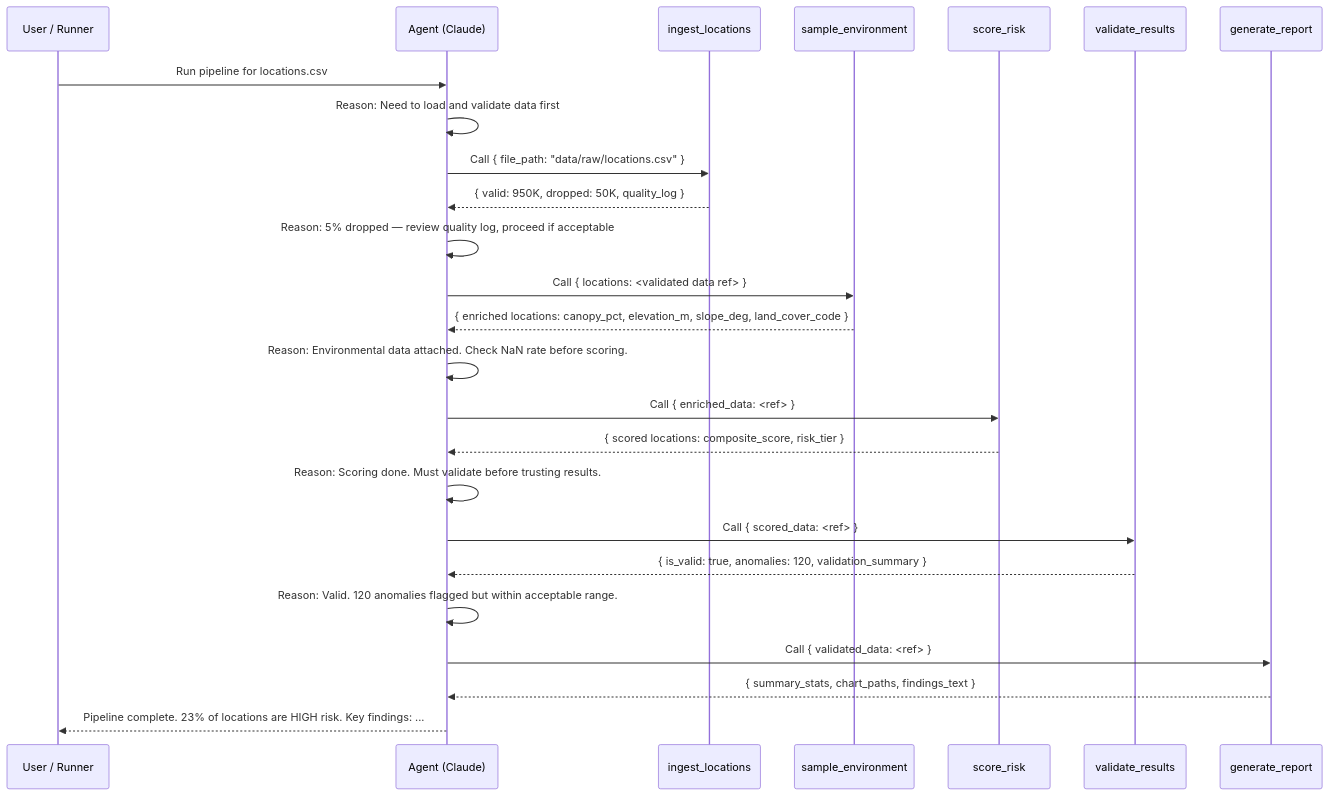
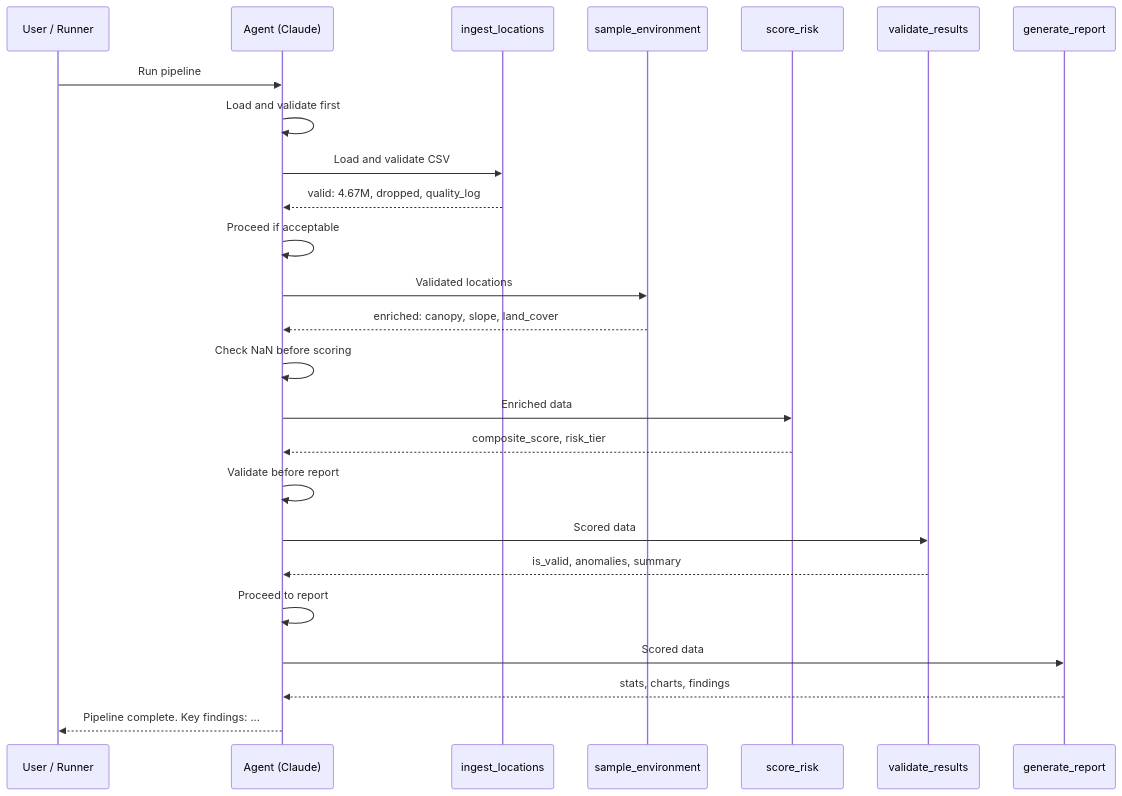
One commit to ayushgawai/Ready_Builders_Challenge changed the second of 2 diagrams in docs/architecture.md. Above: the diagram before and after it, drawn with Mermaid. The commit also changed other lines of this file and 8 other files, not shown here.

Commit message:
diagrams added

````diff
--- a/docs/architecture.md
+++ b/docs/architecture.md
@@ -78,28 +89,28 @@
 ```mermaid
 sequenceDiagram
     participant U as User / Runner
     participant A as Agent (Claude)
     participant T1 as ingest_locations
     participant T2 as sample_environment
     participant T3 as score_risk
     participant T4 as validate_results
     participant T5 as generate_report
 
-    U->>A: Run pipeline for locations.csv
-    A->>A: Reason: Need to load and validate data first
-    A->>T1: Call { file_path: "data/raw/locations.csv" }
-    T1-->>A: { valid: 950K, dropped: 50K, quality_log }
-    A->>A: Reason: 5% dropped — review quality log, proceed if acceptable
-    A->>T2: Call { locations: <validated data ref> }
-    T2-->>A: { enriched locations: canopy_pct, elevation_m, slope_deg, land_cover_code }
-    A->>A: Reason: Environmental data attached. Check NaN rate before scoring.
-    A->>T3: Call { enriched_data: <ref> }
-    T3-->>A: { scored locations: composite_score, risk_tier }
-    A->>A: Reason: Scoring done. Must validate before trusting results.
-    A->>T4: Call { scored_data: <ref> }
-    T4-->>A: { is_valid: true, anomalies: 120, validation_summary }
-    A->>A: Reason: Valid. 120 anomalies flagged but within acceptable range.
-    A->>T5: Call { validated_data: <ref> }
-    T5-->>A: { summary_stats, chart_paths, findings_text }
-    A-->>U: Pipeline complete. 23% of locations are HIGH risk. Key findings: ...
+    U->>A: Run pipeline
+    A->>A: Load and validate first
+    A->>T1: Load and validate CSV
+    T1-->>A: valid: 4.67M, dropped, quality_log
+    A->>A: Proceed if acceptable
+    A->>T2: Validated locations
+    T2-->>A: enriched: canopy, slope, land_cover
+    A->>A: Check NaN before scoring
+    A->>T3: Enriched data
+    T3-->>A: composite_score, risk_tier
+    A->>A: Validate before report
+    A->>T4: Scored data
+    T4-->>A: is_valid, anomalies, summary
+    A->>A: Proceed to report
+    A->>T5: Scored data
+    T5-->>A: stats, charts, findings
+    A-->>U: Pipeline complete. Key findings: ...
 ```
````
